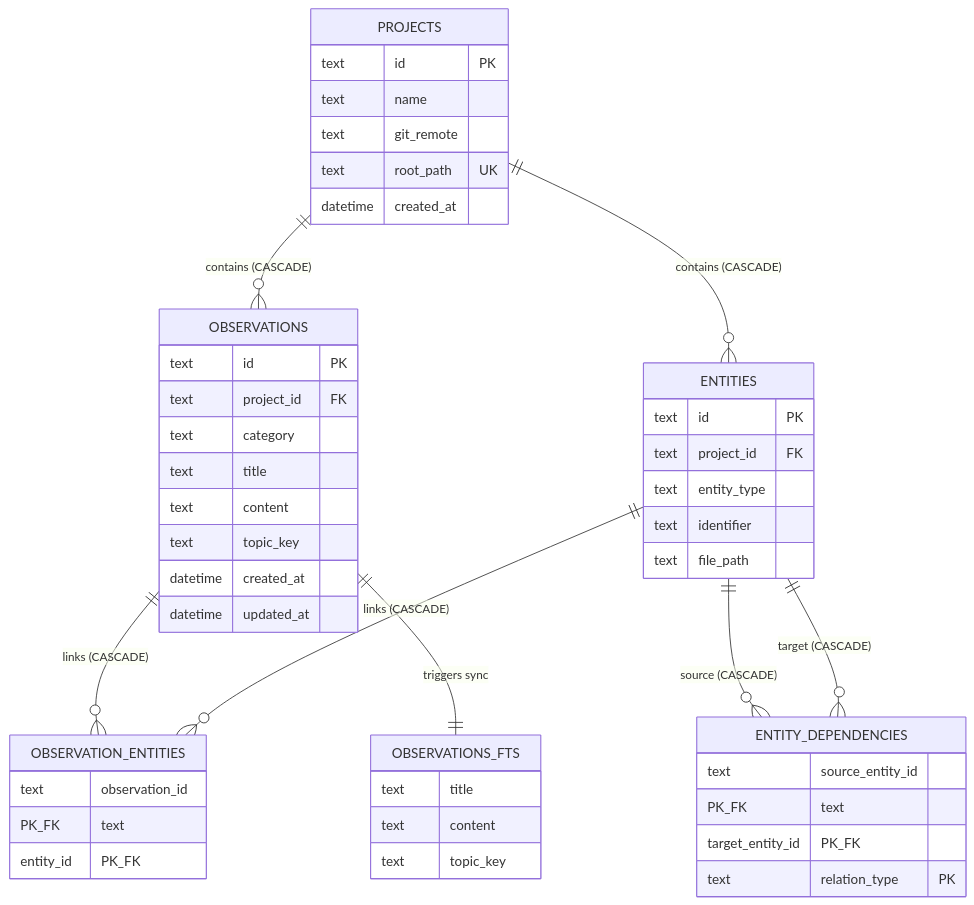
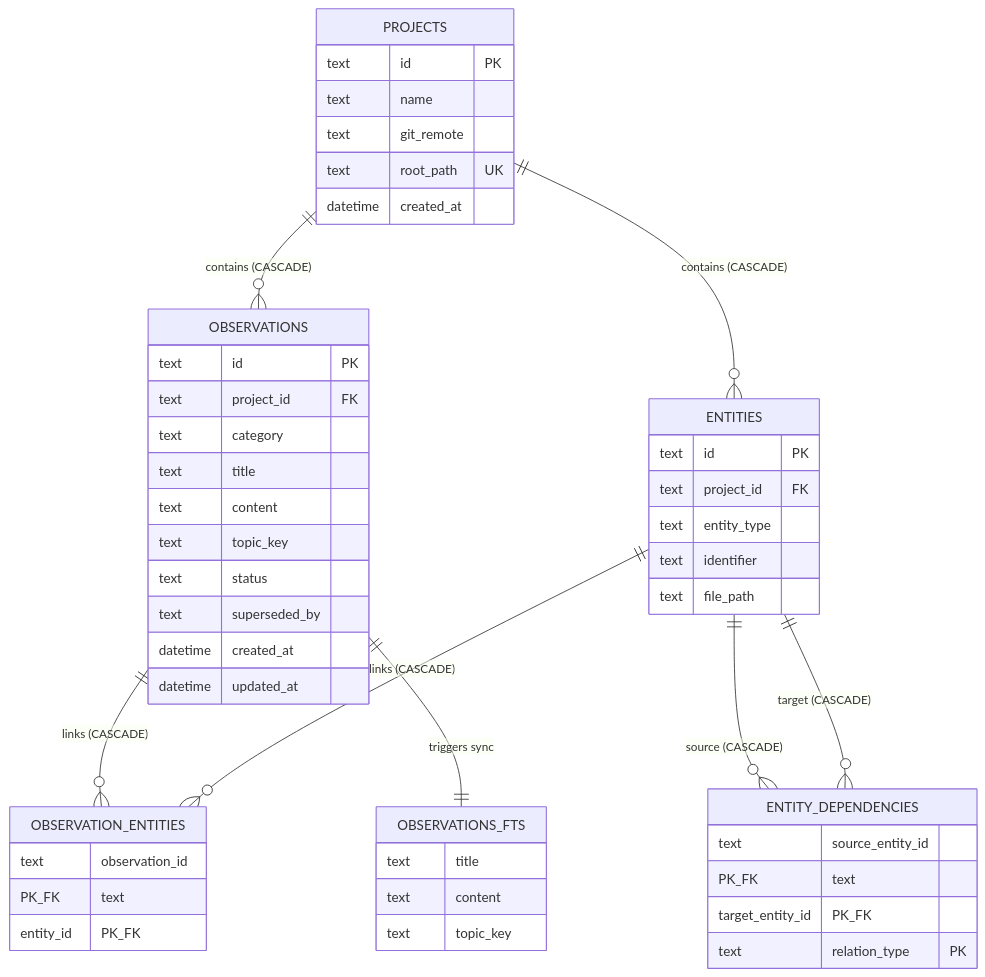
The second of 10 diagrams in DESIGN.md (dahch/muninn), drawn with Mermaid before and after one commit. The commit also changed other lines of this file and 17 other files, not shown here.

````diff
--- a/DESIGN.md
+++ b/DESIGN.md
@@ -85,49 +87,51 @@
 ```mermaid
 erDiagram
     PROJECTS ||--o{ OBSERVATIONS : "contains (CASCADE)"
     PROJECTS ||--o{ ENTITIES : "contains (CASCADE)"
     OBSERVATIONS ||--o{ OBSERVATION_ENTITIES : "links (CASCADE)"
     ENTITIES ||--o{ OBSERVATION_ENTITIES : "links (CASCADE)"
     ENTITIES ||--o{ ENTITY_DEPENDENCIES : "source (CASCADE)"
     ENTITIES ||--o{ ENTITY_DEPENDENCIES : "target (CASCADE)"
     OBSERVATIONS ||--|| OBSERVATIONS_FTS : "triggers sync"
 
     PROJECTS {
         text id PK
         text name
         text git_remote
         text root_path UK
         datetime created_at
     }
     OBSERVATIONS {
         text id PK
         text project_id FK
         text category
         text title
         text content
         text topic_key
+        text status
+        text superseded_by
         datetime created_at
         datetime updated_at
     }
     ENTITIES {
         text id PK
         text project_id FK
         text entity_type
         text identifier
         text file_path
     }
     OBSERVATION_ENTITIES {
         text observation_id PK_FK
         text entity_id PK_FK
     }
     ENTITY_DEPENDENCIES {
         text source_entity_id PK_FK
         text target_entity_id PK_FK
         text relation_type PK
     }
     OBSERVATIONS_FTS {
         text title
         text content
         text topic_key
     }
 ```
````
